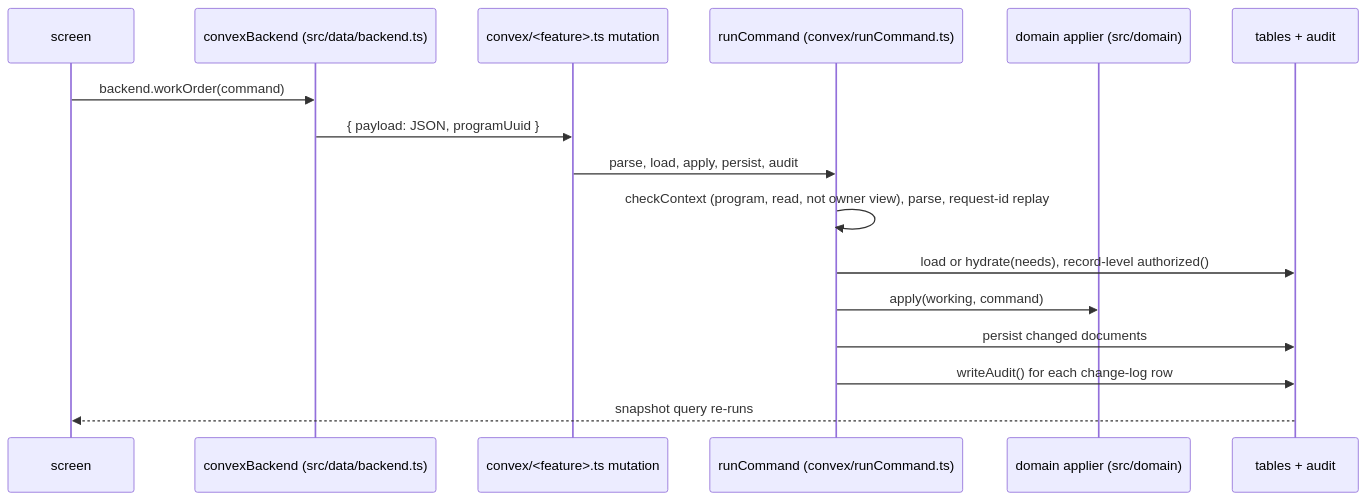
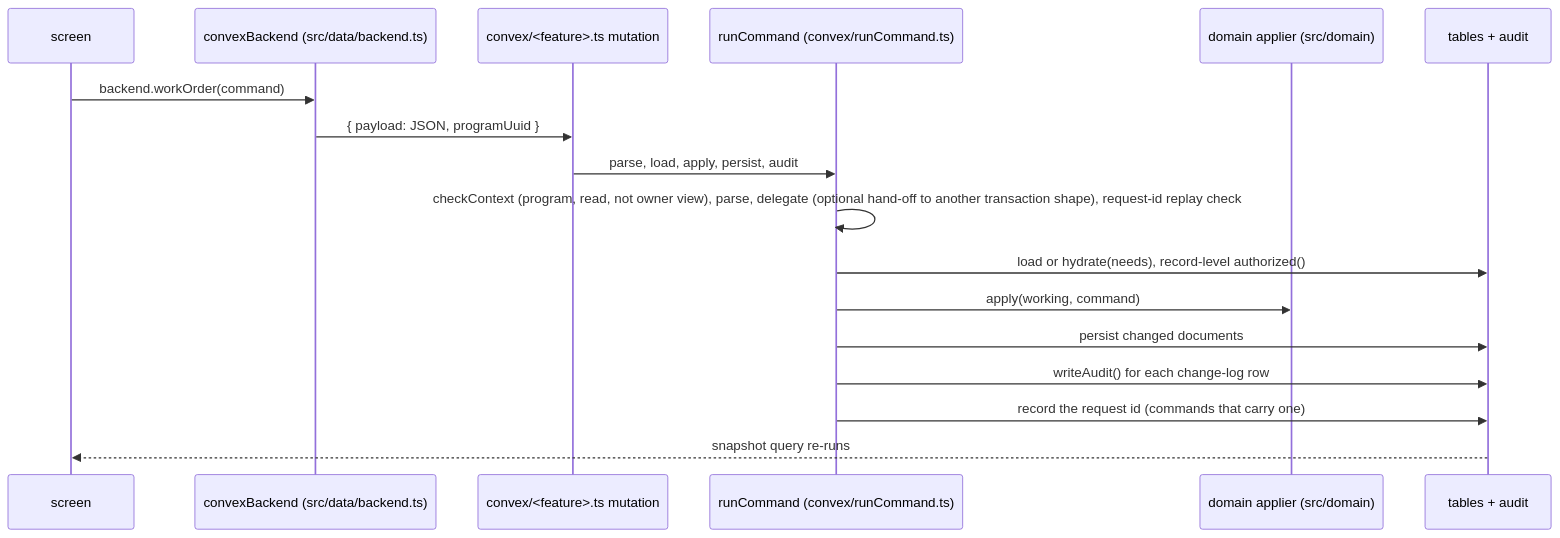
Before and after one commit to angelone-aviation/AO-aircraft-maintenance: the third of 3 diagrams in CONTEXT.md, drawn with Mermaid. The commit also changed other lines of this file and 1 other file, not shown here.

First line of the commit message:
docs: correct CONTEXT and the roadmap after review; Batch 1 done

````diff
--- a/CONTEXT.md
+++ b/CONTEXT.md
@@ -103,18 +103,19 @@
 ```mermaid
 sequenceDiagram
   participant UI as screen
   participant B as convexBackend (src/data/backend.ts)
   participant M as convex/<feature>.ts mutation
   participant RC as runCommand (convex/runCommand.ts)
   participant D as domain applier (src/domain)
   participant T as tables + audit
   UI->>B: backend.workOrder(command)
   B->>M: { payload: JSON, programUuid }
   M->>RC: parse, load, apply, persist, audit
-  RC->>RC: checkContext (program, read, not owner view), parse, request-id replay
+  RC->>RC: checkContext (program, read, not owner view), parse, delegate (optional hand-off to another transaction shape), request-id replay check
   RC->>T: load or hydrate(needs), record-level authorized()
   RC->>D: apply(working, command)
   RC->>T: persist changed documents
   RC->>T: writeAudit() for each change-log row
+  RC->>T: record the request id (commands that carry one)
   T-->>UI: snapshot query re-runs
 ```
````
